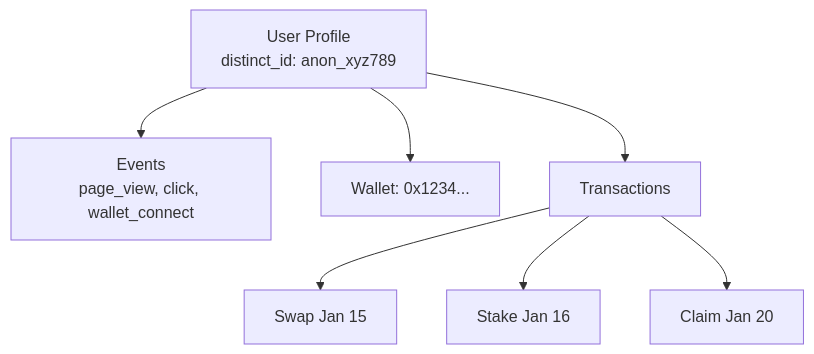
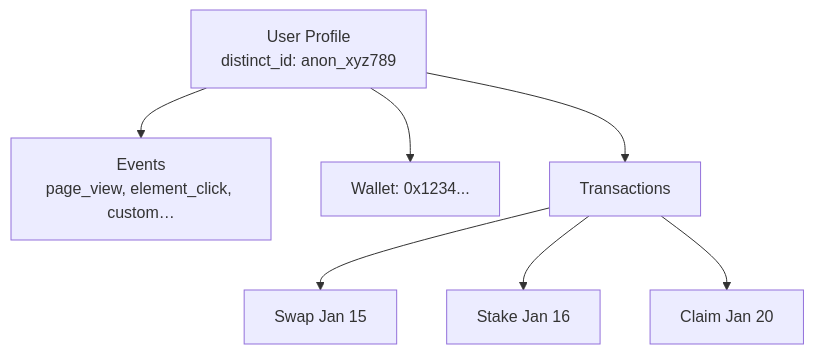
Before and after one commit to cryptique-io-codehub/devdocs: the second of 3 diagrams in data-in/data-model.mdx, drawn with Mermaid. The commit also changed other lines of this file and 16 other files, not shown here.

````diff
--- a/data-in/data-model.mdx
+++ b/data-in/data-model.mdx
@@ -133,10 +137,10 @@
 ```mermaid
 flowchart TB
     P[User Profile<br/>distinct_id: anon_xyz789]
-    P --> E[Events<br/>page_view, click, wallet_connect]
+    P --> E[Events<br/>page_view, element_click, custom…]
     P --> W[Wallet: 0x1234...]
     P --> T[Transactions]
     T --> T1[Swap Jan 15]
     T --> T2[Stake Jan 16]
     T --> T3[Claim Jan 20]
 ```
````
